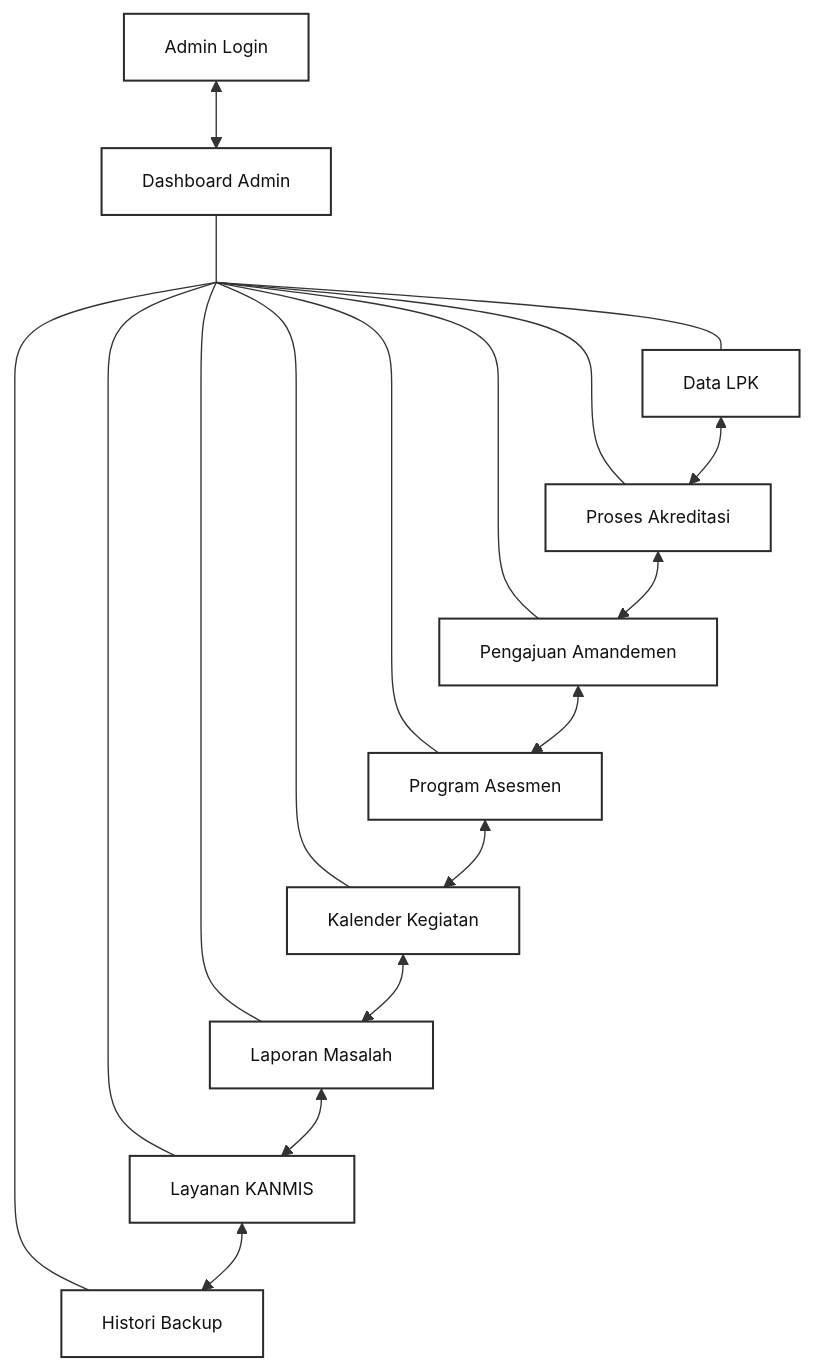
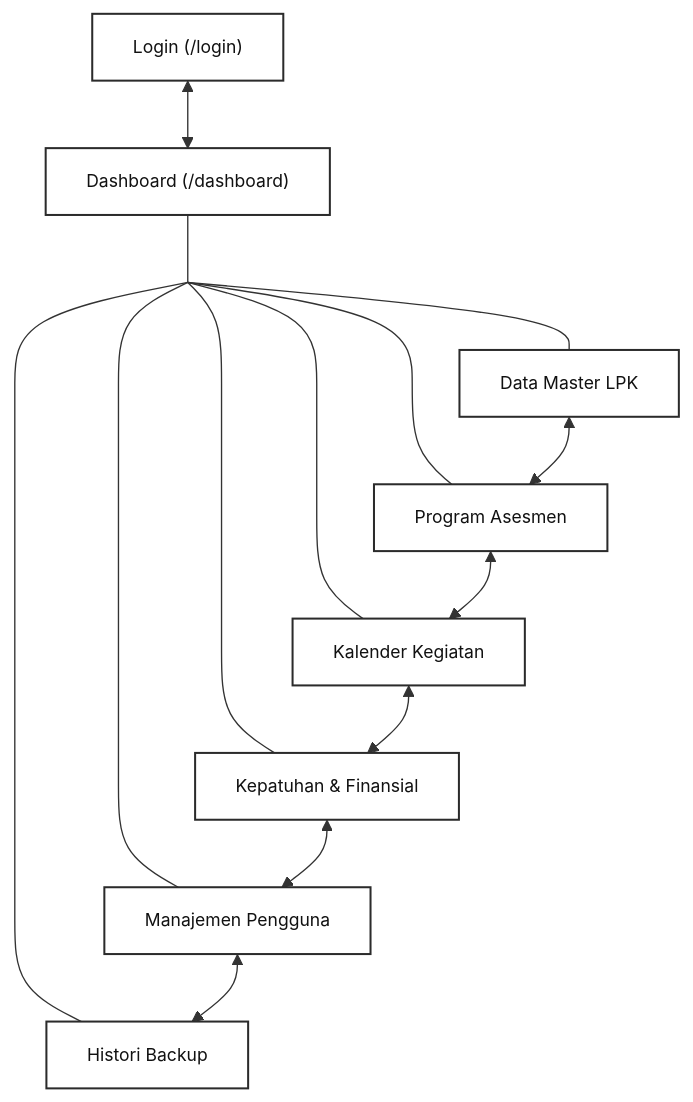
The first of 8 diagrams in docs/04-tahap-perancangan.md (greedykid/prototype-magang), drawn with Mermaid before and after one commit. The commit also changed other lines of this file and 95 other files, not shown here.

````diff
--- a/docs/04-tahap-perancangan.md
+++ b/docs/04-tahap-perancangan.md
@@ -15,29 +15,25 @@
 ```mermaid
 graph TD
-    AdminLogin["Admin Login"] <--> DashboardAdmin["Dashboard Admin"]
+    UserLogin["Login (/login)"] <--> Dashboard["Dashboard (/dashboard)"]
 
-    DashboardAdmin --- BusTrunk[" "]
+    Dashboard --- BusTrunk[" "]
     style BusTrunk width:0px,height:0px,stroke:none,fill:none
 
-    BusTrunk --- M1["Data LPK"]
-    BusTrunk --- M2["Proses Akreditasi"]
-    BusTrunk --- M3["Pengajuan Amandemen"]
-    BusTrunk --- M4["Program Asesmen"]
-    BusTrunk --- M5["Kalender Kegiatan"]
-    BusTrunk --- M6["Laporan Masalah"]
-    BusTrunk --- M7["Layanan KANMIS"]
-    BusTrunk --- M8["Histori Backup"]
+    BusTrunk --- M1["Data Master LPK"]
+    BusTrunk --- M2["Program Asesmen"]
+    BusTrunk --- M3["Kalender Kegiatan"]
+    BusTrunk --- M4["Kepatuhan & Finansial"]
+    BusTrunk --- M5["Manajemen Pengguna"]
+    BusTrunk --- M6["Histori Backup"]
 
     M1 <--> M2
     M2 <--> M3
     M3 <--> M4
     M4 <--> M5
     M5 <--> M6
-    M6 <--> M7
-    M7 <--> M8
 
     classDef navBox fill:#ffffff,stroke:#2b2b2b,stroke-width:1.5px,color:#111111,font-size:13px;
     classDef invisibleTrunk fill:none,stroke:none;
-    class AdminLogin,DashboardAdmin,M1,M2,M3,M4,M5,M6,M7,M8 navBox;
+    class UserLogin,Dashboard,M1,M2,M3,M4,M5,M6 navBox;
     class BusTrunk invisibleTrunk;
 ```
````
